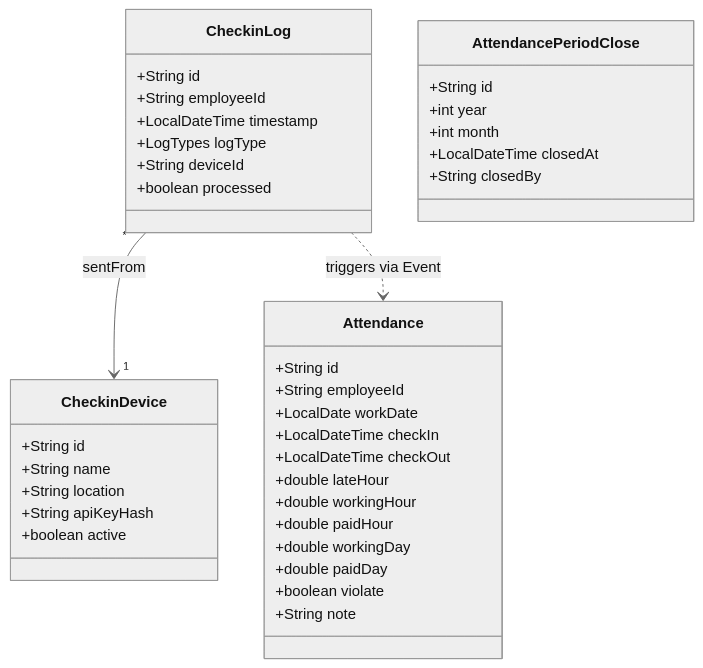
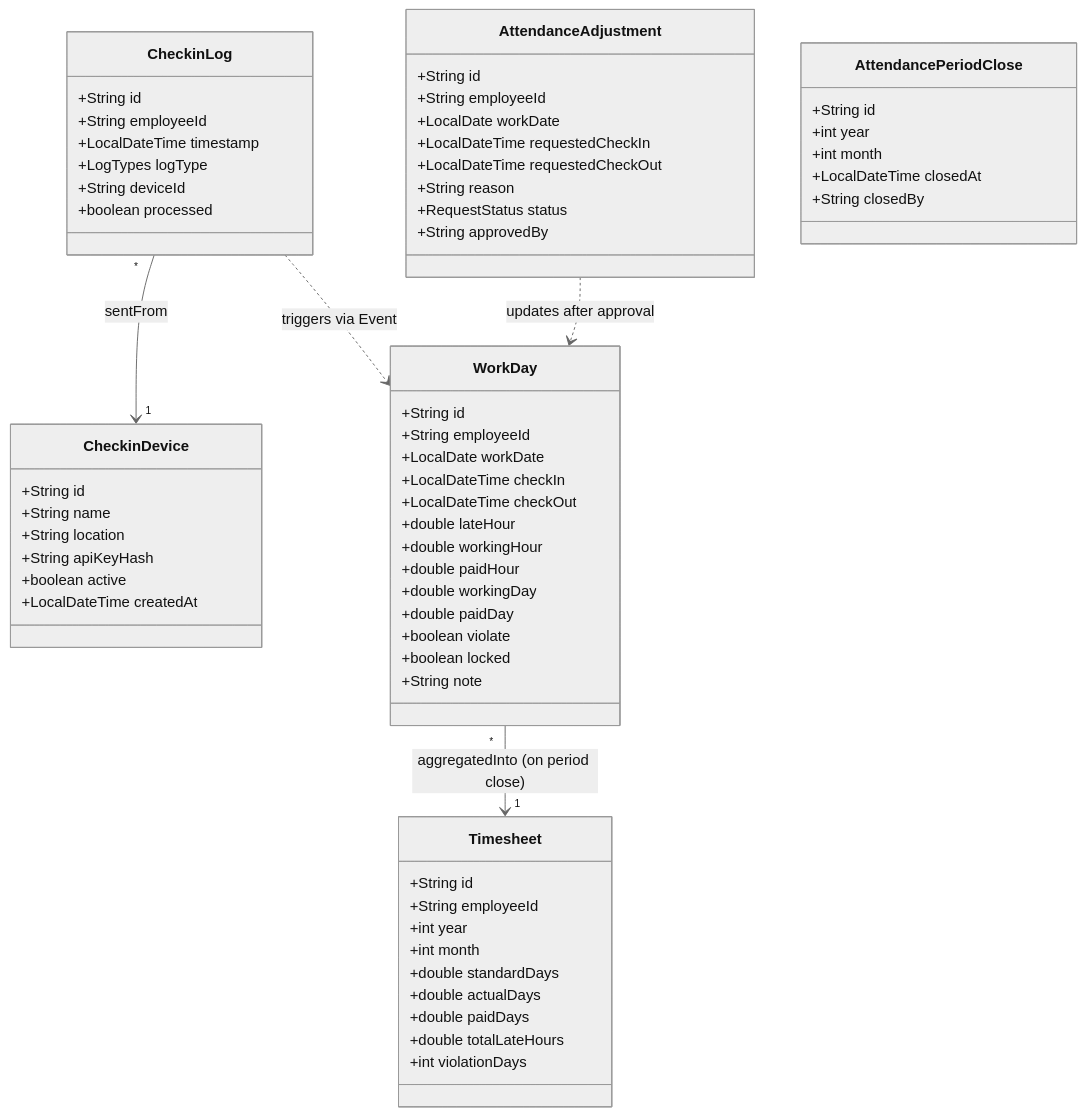
Before and after one commit to NBachTH/HRMS: diagram 14 of 19 in docs/DATN_20204812_NguyenThanhBach/DATN_20204812_NguyenThanhBach.md, drawn with Mermaid (neutral theme). The commit also changed other lines of this file and 88 other files, not shown here.

Commit message:
fix Contract, Payroll Run flow

````diff
--- a/docs/DATN_20204812_NguyenThanhBach/DATN_20204812_NguyenThanhBach.md
+++ b/docs/DATN_20204812_NguyenThanhBach/DATN_20204812_NguyenThanhBach.md
@@ -1479,42 +1508,67 @@
 ```mermaid
 classDiagram
     class CheckinLog {
         +String id
         +String employeeId
         +LocalDateTime timestamp
         +LogTypes logType
         +String deviceId
         +boolean processed
     }
-    class Attendance {
+    class WorkDay {
         +String id
         +String employeeId
         +LocalDate workDate
         +LocalDateTime checkIn
         +LocalDateTime checkOut
         +double lateHour
         +double workingHour
         +double paidHour
         +double workingDay
         +double paidDay
         +boolean violate
+        +boolean locked
         +String note
+    }
+    class Timesheet {
+        +String id
+        +String employeeId
+        +int year
+        +int month
+        +double standardDays
+        +double actualDays
+        +double paidDays
+        +double totalLateHours
+        +int violationDays
+    }
+    class AttendanceAdjustment {
+        +String id
+        +String employeeId
+        +LocalDate workDate
+        +LocalDateTime requestedCheckIn
+        +LocalDateTime requestedCheckOut
+        +String reason
+        +RequestStatus status
+        +String approvedBy
     }
     class AttendancePeriodClose {
         +String id
         +int year
         +int month
         +LocalDateTime closedAt
         +String closedBy
     }
     class CheckinDevice {
         +String id
         +String name
         +String location
         +String apiKeyHash
         +boolean active
+        +LocalDateTime createdAt
     }
 
     CheckinLog "*" --> "1" CheckinDevice : sentFrom
-    CheckinLog ..> Attendance : triggers via Event
+    CheckinLog ..> WorkDay : triggers via Event
+    WorkDay "*" --> "1" Timesheet : aggregatedInto (on period close)
+    AttendanceAdjustment ..> WorkDay : updates after approval
 ```
````
